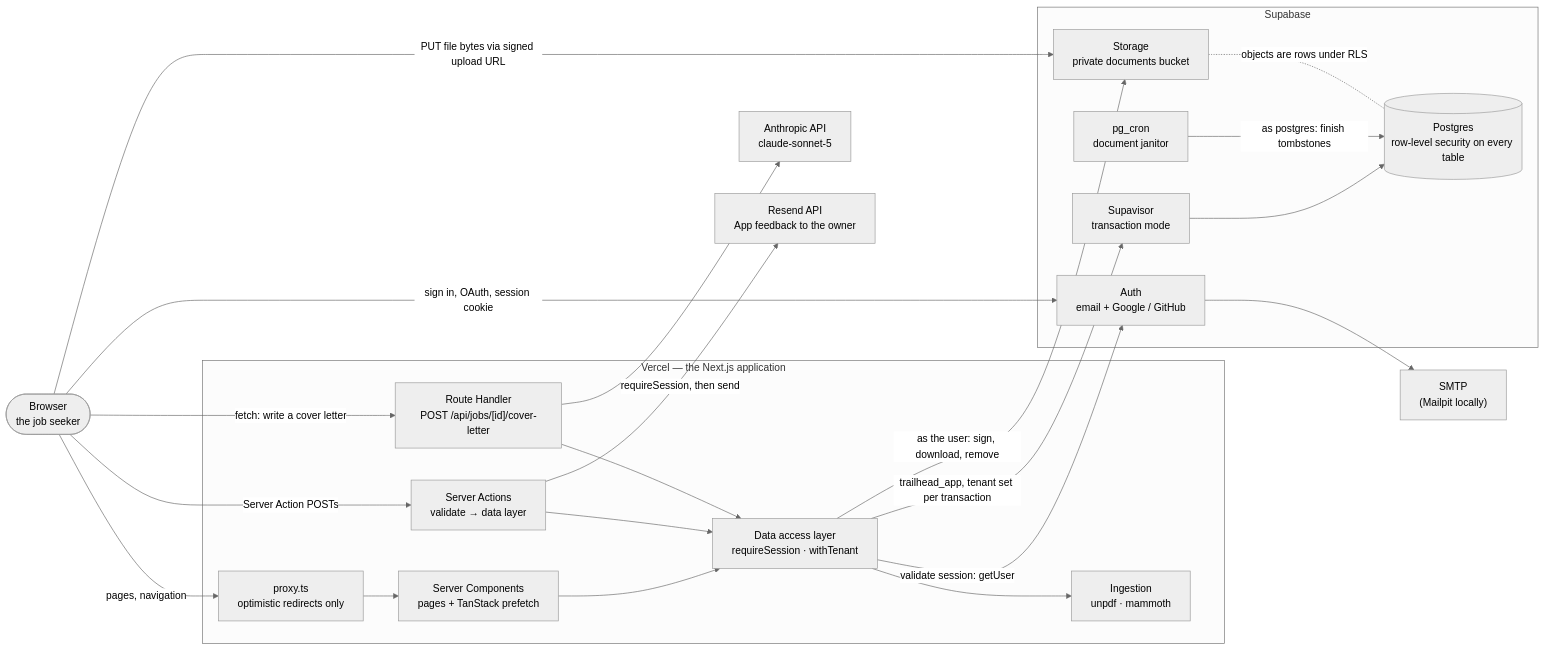
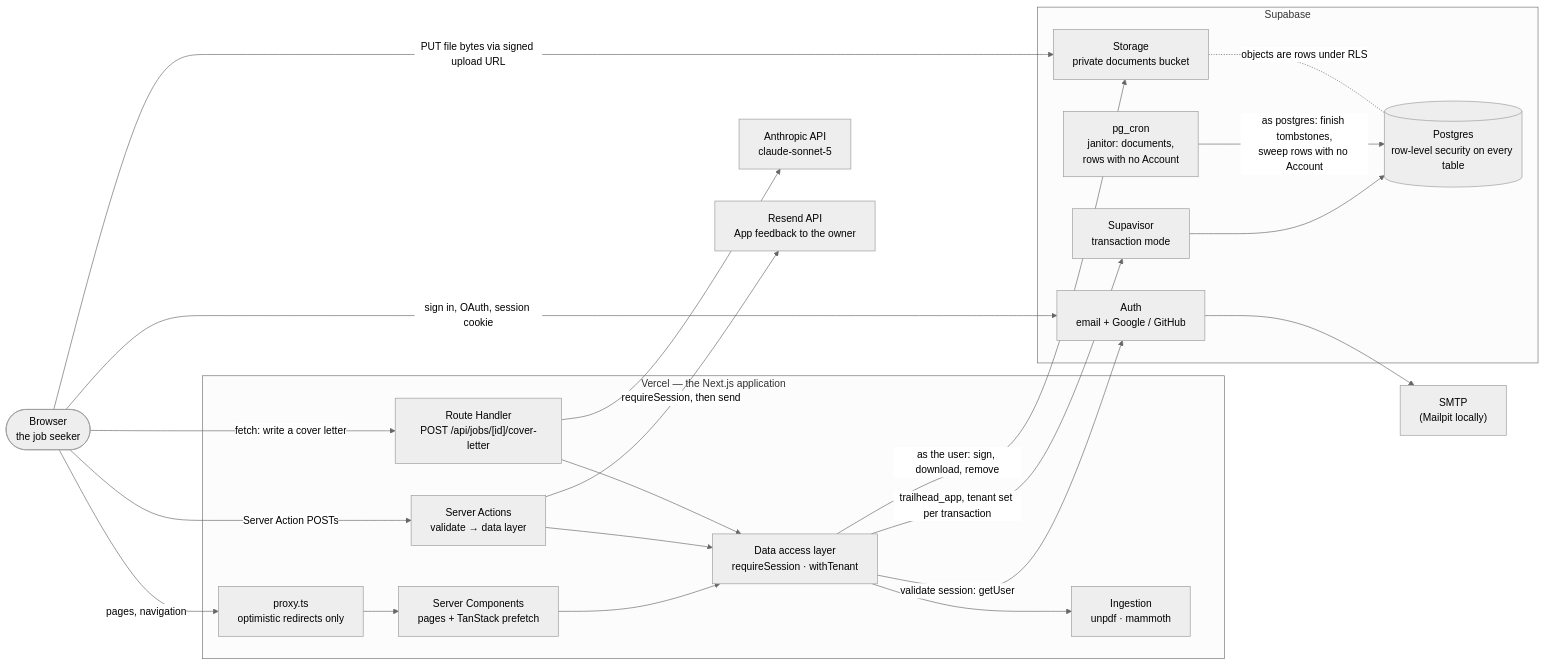
The first of 7 diagrams in docs/architecture.md (craigblunden/trailhead), drawn with Mermaid (neutral theme) before and after one commit. The commit also changed other lines of this file and 11 other files, not shown here.

First line of the commit message:
Add the Account deletion journey and document it

````diff
--- a/docs/architecture.md
+++ b/docs/architecture.md
@@ -14,44 +14,44 @@
 ```mermaid
 flowchart LR
   browser(["Browser<br/>the job seeker"])
 
   subgraph vercel["Vercel — the Next.js application"]
     proxy["proxy.ts<br/>optimistic redirects only"]
     pages["Server Components<br/>pages + TanStack prefetch"]
     actions["Server Actions<br/>validate → data layer"]
     route["Route Handler<br/>POST /api/jobs/[id]/cover-letter"]
     dal["Data access layer<br/>requireSession · withTenant"]
     ingest["Ingestion<br/>unpdf · mammoth"]
   end
 
   subgraph supabase["Supabase"]
     auth["Auth<br/>email + Google / GitHub"]
     pooler["Supavisor<br/>transaction mode"]
     pg[("Postgres<br/>row-level security on every table")]
     storage["Storage<br/>private documents bucket"]
-    cron["pg_cron<br/>document janitor"]
+    cron["pg_cron<br/>janitor: documents,<br/>rows with no Account"]
   end
 
   anthropic["Anthropic API<br/>claude-sonnet-5"]
   smtp["SMTP<br/>(Mailpit locally)"]
   resend["Resend API<br/>App feedback to the owner"]
 
   browser -->|"pages, navigation"| proxy --> pages
   browser -->|"Server Action POSTs"| actions
   browser -->|"fetch: write a cover letter"| route
   browser -->|"sign in, OAuth, session cookie"| auth
   browser -->|"PUT file bytes via signed upload URL"| storage
 
   pages --> dal
   actions --> dal
   route --> dal
   route --> anthropic
   actions -->|"requireSession, then send"| resend
   dal -->|"validate session: getUser"| auth
   dal -->|"trailhead_app, tenant set per transaction"| pooler --> pg
   dal -->|"as the user: sign, download, remove"| storage
   dal --> ingest
   auth --> smtp
-  cron -->|"as postgres: finish tombstones"| pg
+  cron -->|"as postgres: finish tombstones,<br/>sweep rows with no Account"| pg
   storage -. "objects are rows under RLS" .- pg
 ```
````
